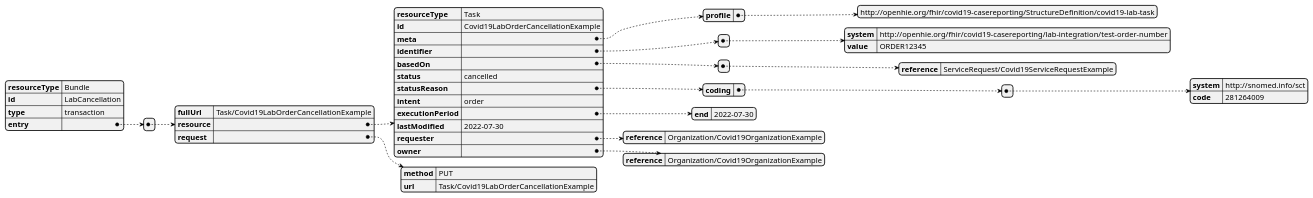
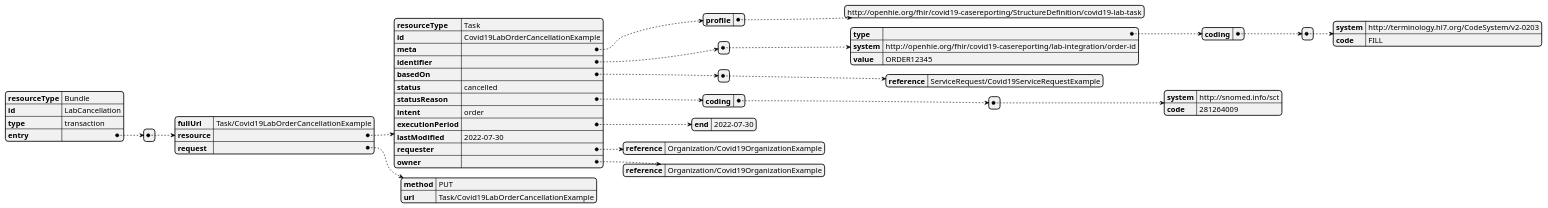
One commit to openhie/covid19-casereporting changed the diagram in input/images-source/lab-cancellation-bundle.pu. Above: the diagram before and after it, drawn with PlantUML. The commit also changed 10 other files, not shown here.

```diff
--- a/input/images-source/lab-cancellation-bundle.pu
+++ b/input/images-source/lab-cancellation-bundle.pu
@@ -1,48 +1,54 @@
 @startjson lab-cancellation-bundle
+
 {
   "resourceType" : "Bundle",
   "id" : "LabCancellation",
   "type" : "transaction",
   "entry" : [{
     "fullUrl" : "Task/Covid19LabOrderCancellationExample",
     "resource" : {
       "resourceType" : "Task",
       "id" : "Covid19LabOrderCancellationExample",
       "meta" : {
         "profile" : ["http://openhie.org/fhir/covid19-casereporting/StructureDefinition/covid19-lab-task"]
       },
      
       "identifier" : [{
-        "system" : "http://openhie.org/fhir/covid19-casereporting/lab-integration/test-order-number",
+        "type" : {
+          "coding" : [{
+            "system" : "http://terminology.hl7.org/CodeSystem/v2-0203",
+            "code" : "FILL"
+          }]
+        },
+        "system" : "http://openhie.org/fhir/covid19-casereporting/lab-integration/order-id",
         "value" : "ORDER12345"
       }],
       "basedOn" : [{
         "reference" : "ServiceRequest/Covid19ServiceRequestExample"
       }],
       "status" : "cancelled",
       "statusReason" : {
         "coding" : [{
           "system" : "http://snomed.info/sct",
           "code" : "281264009"
         }]
       },
       "intent" : "order",
       "executionPeriod" : {
         "end" : "2022-07-30"
       },
       "lastModified" : "2022-07-30",
       "requester" : {
         "reference" : "Organization/Covid19OrganizationExample"
       },
       "owner" : {
         "reference" : "Organization/Covid19OrganizationExample"
       }
     },
     "request" : {
       "method" : "PUT",
       "url" : "Task/Covid19LabOrderCancellationExample"
     }
   }]
 }
-
 @endjson
```
